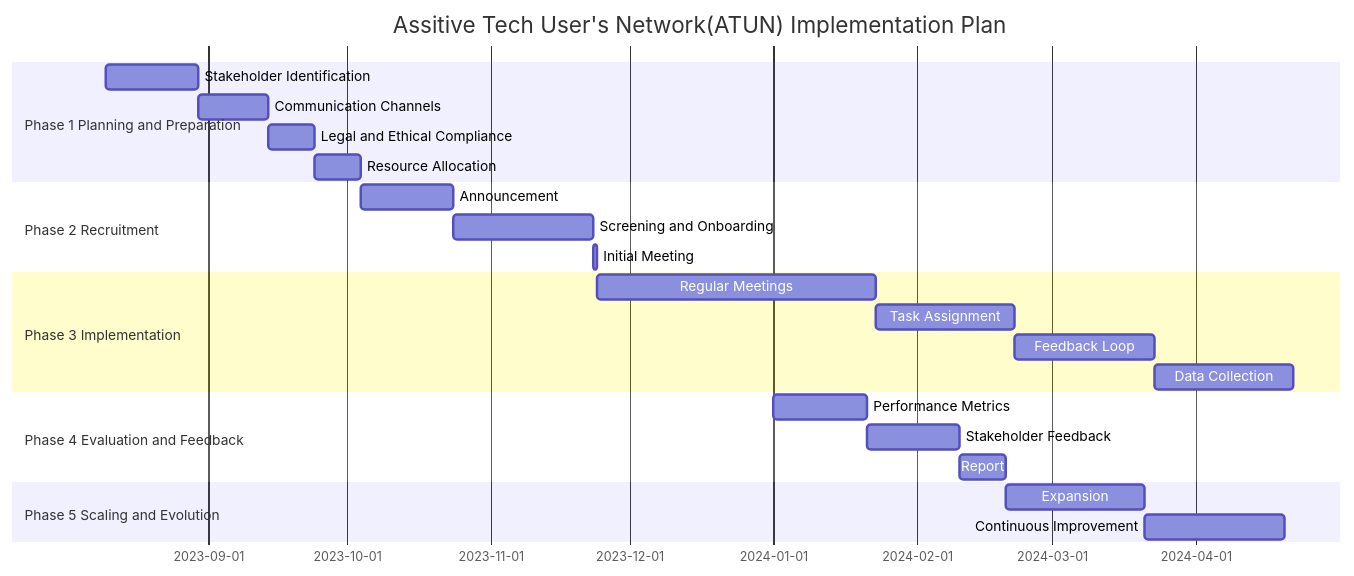
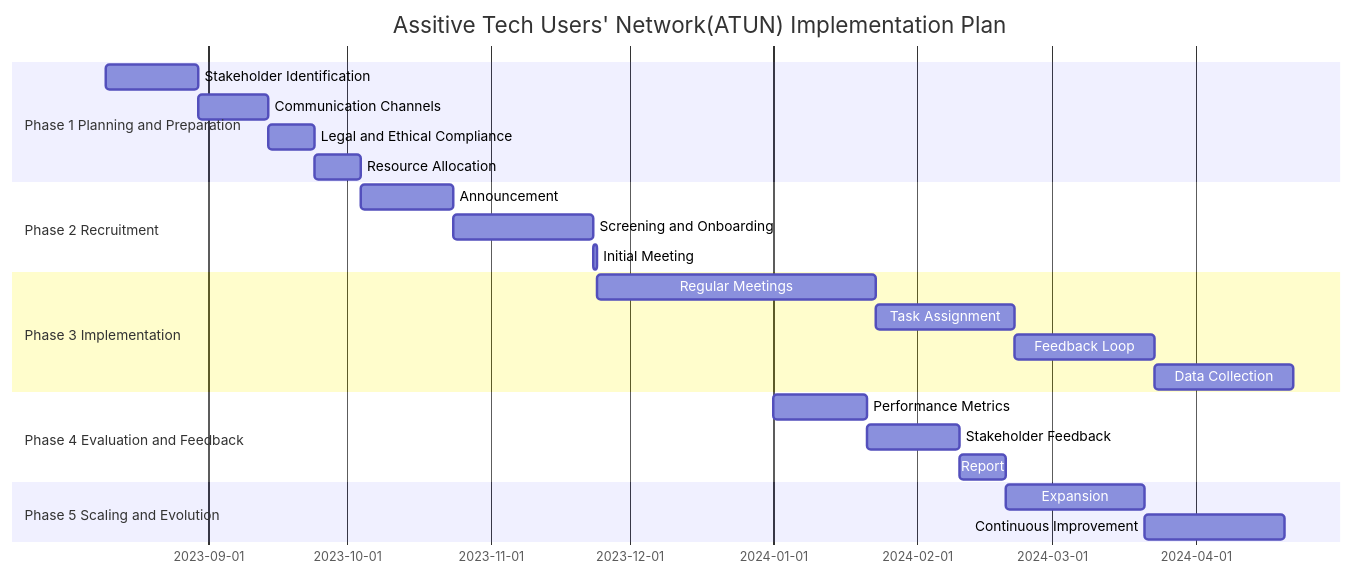
The diagram in ace-n-docs/roadmap/README.md (AceCentre/ResearchInnovationGp), drawn with Mermaid before and after one commit. The commit also changed 2 other files, not shown here.

Commit message:
GITBOOK-130: change request with no subject merged in GitBook

````diff
--- a/ace-n-docs/roadmap/README.md
+++ b/ace-n-docs/roadmap/README.md
@@ -17,32 +17,32 @@
 ```mermaid
 gantt
     dateFormat  YYYY-MM-DD
-    title Assitive Tech User's Network(ATUN) Implementation Plan
+    title Assitive Tech Users' Network(ATUN) Implementation Plan
 
     section Phase 1 Planning and Preparation
 		Stakeholder Identification :a1, 2023-08-10, 20d
 		Communication Channels    :a2, after a1, 15d
 		Legal and Ethical Compliance :a3, after a2, 10d
 		Resource Allocation       :a4, after a3, 10d
 
     section Phase 2 Recruitment
 		Announcement              :b1, after a4, 20d
 		Screening and Onboarding  :b2, after b1, 30d
 		Initial Meeting           :b3, after b2, 1d
 
     section Phase 3 Implementation
 		Regular Meetings          :c1, after b3, 60d
 		Task Assignment           :c2, after c1, 30d
 		Feedback Loop             :c3, after c2, 30d
 		Data Collection           :c4, after c3, 30d
 
     section Phase 4 Evaluation and Feedback
 		Performance Metrics       :d1, 2024-01-01, 20d
 		Stakeholder Feedback      :d2, after d1, 20d
 		Report                    :d3, after d2, 10d
 
     section Phase 5 Scaling and Evolution
 		Expansion                 :e1, after d3, 30d
 		Continuous Improvement    :e2, after e1, 30d
 
 ```
````
